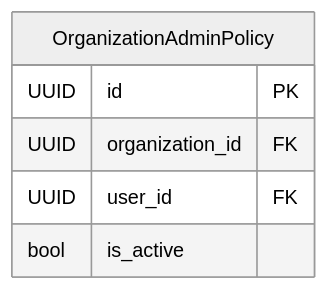
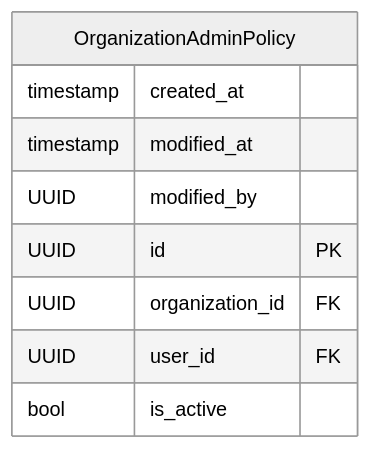
Before and after one commit to RIVM-bioinformatics/gen-epix-api: the diagram in docs/erm/seqdb.abac.detailed.md, drawn with Mermaid (neutral theme). The commit also changed 211 other files, not shown here.

````diff
--- a/docs/erm/seqdb.abac.detailed.md
+++ b/docs/erm/seqdb.abac.detailed.md
@@ -5,13 +5,16 @@
 ```mermaid
 erDiagram
     %% seqdb / ABAC (detailed)
 
     %% Entity definitions
     OrganizationAdminPolicy {
+        timestamp created_at
+        timestamp modified_at
+        UUID modified_by
         UUID id PK
         UUID organization_id FK
         UUID user_id FK
         bool is_active
     }
 
 ```
````
